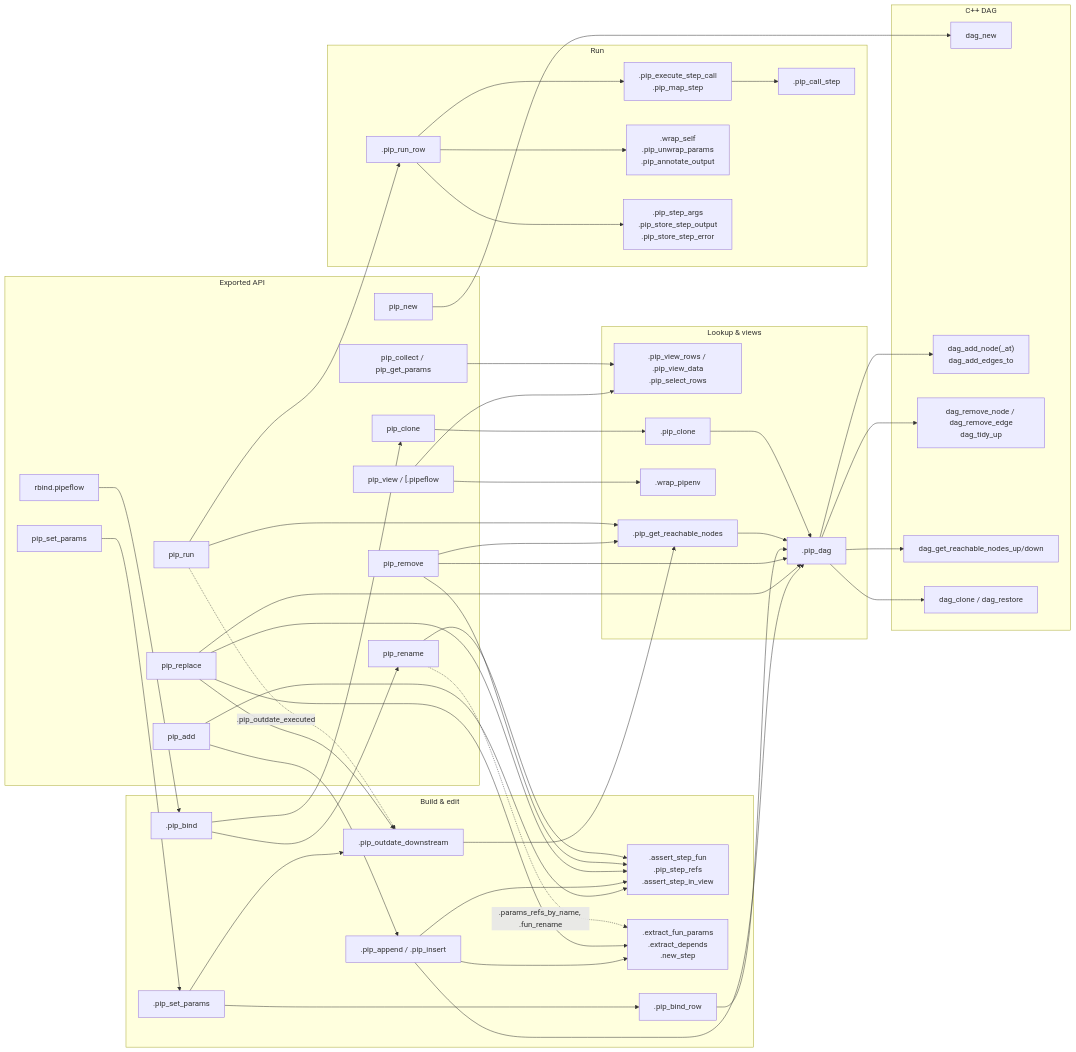
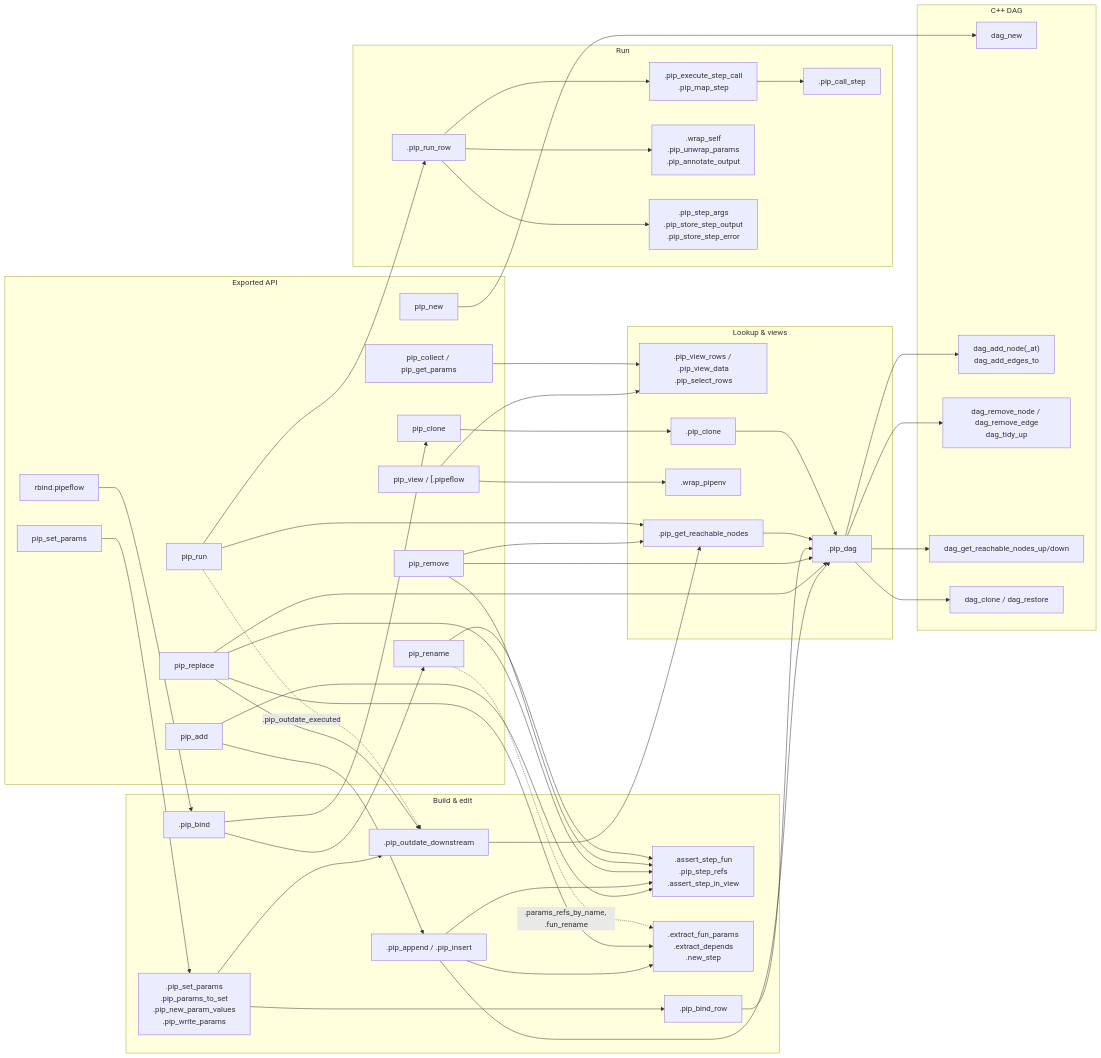
One commit to rpahl/pipeflow changed the third of 8 diagrams in dev/pipeflow.md. Above: the diagram before and after it, drawn with Mermaid. The commit also changed other lines of this file and 2 other files, not shown here.

Commit message:
refactor: split .pip_set_params() into select, compute and write helpers
.pip_params_to_set() selects the rows and names to set,
.pip_new_param_values() computes all new values first (all failures in
one pipeflow_set_params_error), and .pip_write_params() stores them and
does the bindings. Behaviour is unchanged.

````diff
--- a/dev/pipeflow.md
+++ b/dev/pipeflow.md
@@ -215,82 +215,82 @@
 ```mermaid
 flowchart LR
     subgraph API["Exported API"]
         new["pip_new"]
         add["pip_add"]
         rep["pip_replace"]
         rem["pip_remove"]
         ren["pip_rename"]
         set["pip_set_params"]
         rbd["rbind.pipeflow"]
         run["pip_run"]
         view["pip_view / [.pipeflow"]
         cln["pip_clone"]
         get["pip_collect / pip_get_params"]
     end
 
     subgraph Build["Build & edit"]
         app[".pip_append / .pip_insert"]
         chk[".assert_step_fun<br/>.pip_step_refs<br/>.assert_step_in_view"]
         par[".extract_fun_params<br/>.extract_depends<br/>.new_step"]
         bnd[".pip_bind"]
-        sp[".pip_set_params"]
+        sp[".pip_set_params<br/>.pip_params_to_set<br/>.pip_new_param_values<br/>.pip_write_params"]
         br[".pip_bind_row"]
         out[".pip_outdate_downstream"]
     end
 
     subgraph Run["Run"]
         rr[".pip_run_row"]
         ex[".pip_execute_step_call<br/>.pip_map_step"]
         cs[".pip_call_step"]
         hooks[".wrap_self<br/>.pip_unwrap_params<br/>.pip_annotate_output"]
         store[".pip_step_args<br/>.pip_store_step_output<br/>.pip_store_step_error"]
     end
 
     subgraph Access["Lookup & views"]
         vr[".pip_view_rows / .pip_view_data<br/>.pip_select_rows"]
         reach[".pip_get_reachable_nodes"]
         wrap[".wrap_pipenv"]
         pcl[".pip_clone"]
         dag[".pip_dag"]
     end
 
     subgraph Cpp["C++ DAG"]
         dnew["dag_new"]
         dadd["dag_add_node(_at)<br/>dag_add_edges_to"]
         drem["dag_remove_node / dag_remove_edge<br/>dag_tidy_up"]
         dreach["dag_get_reachable_nodes_up/down"]
         dcl["dag_clone / dag_restore"]
     end
 
     new --> dnew
     add --> app --> par
     app --> dag
     add --> chk
     app --> chk
     rep --> chk
     rem --> chk
     ren --> chk
     rep --> par
     rep --> out
     rep --> dag
     rem --> reach
     rem --> dag
     ren -. ".params_refs_by_name, .fun_rename" .-> par
     set --> sp --> br --> dag
     sp --> out --> reach --> dag
     rbd --> bnd --> cln
     bnd --> ren
     run --> rr --> ex --> cs
     rr --> hooks
     rr --> store
     run --> reach
     run -. ".pip_outdate_executed" .-> out
     view --> vr
     view --> wrap
     cln --> pcl --> dag
     get --> vr
     dag --> dadd
     dag --> drem
     dag --> dreach
     dag --> dcl
 ```
````
